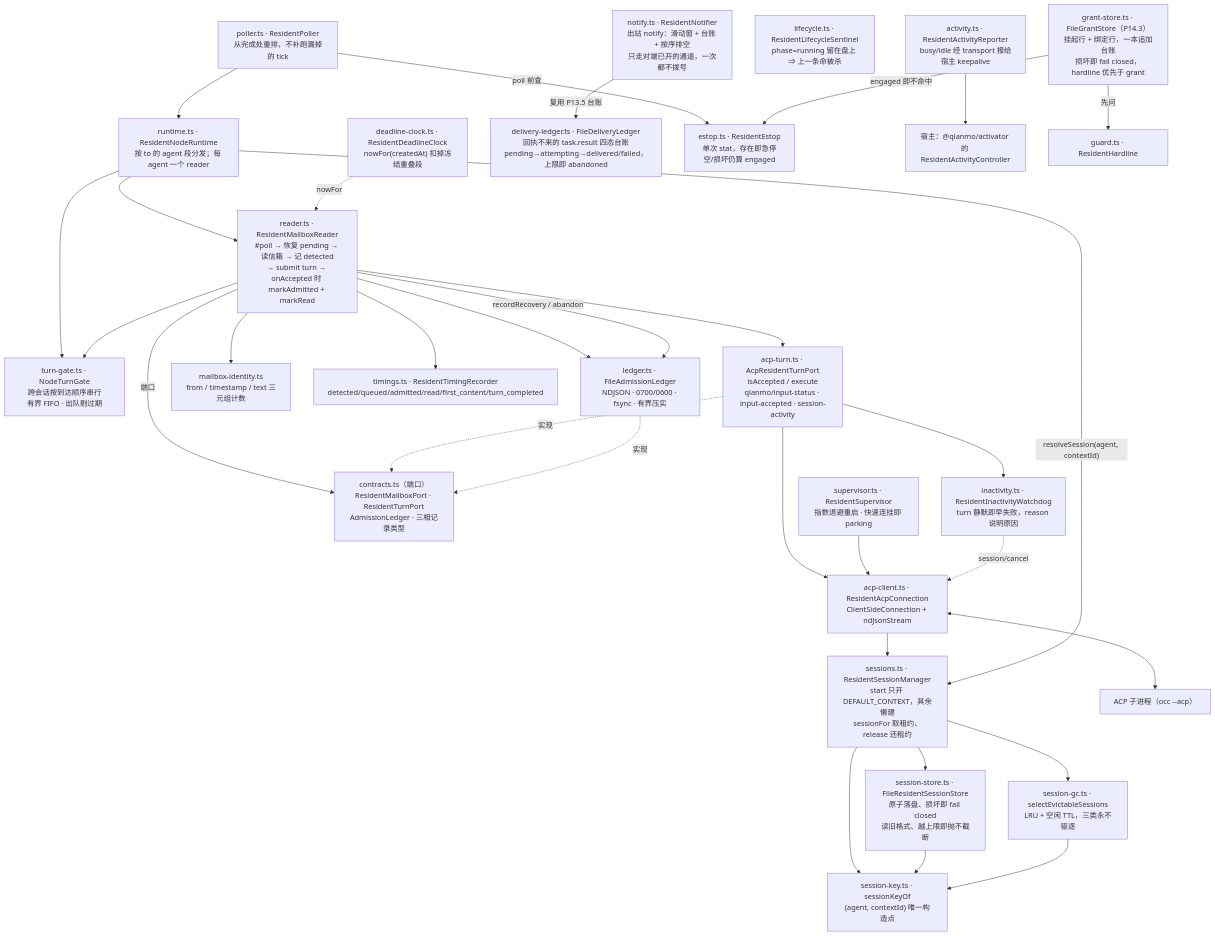
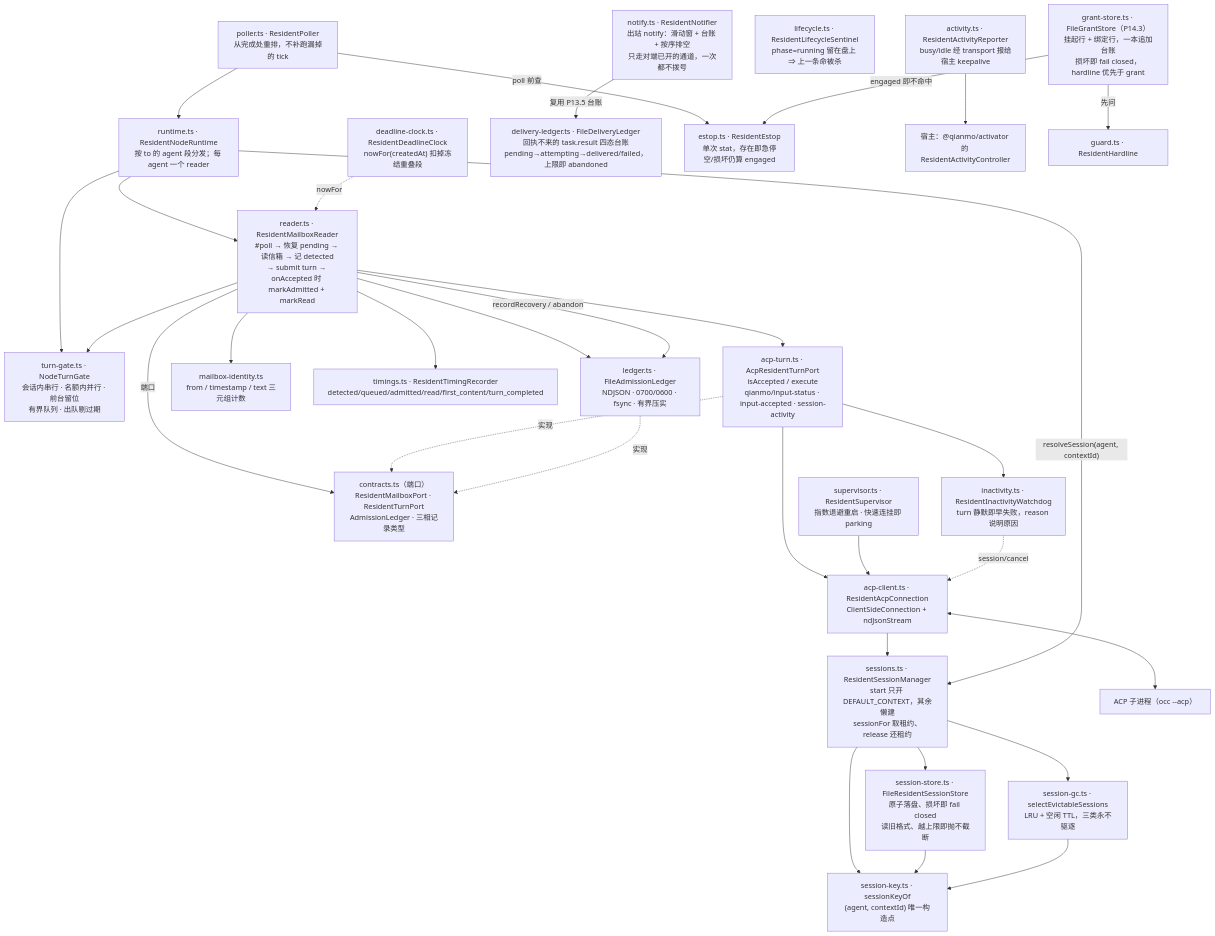
The diagram in atlas/packages/resident/README.md (sweetcornna/atlas), drawn with Mermaid before and after one commit. The commit also changed other lines of this file and 3 other files, not shown here.

````diff
--- a/atlas/packages/resident/README.md
+++ b/atlas/packages/resident/README.md
@@ -46,63 +46,63 @@
 ```mermaid
 flowchart TD
   poller["poller.ts · ResidentPoller<br/>从完成处重排，不补跑漏掉的 tick"]
   runtime["runtime.ts · ResidentNodeRuntime<br/>按 to 的 agent 段分发；每 agent 一个 reader"]
-  gate["turn-gate.ts · NodeTurnGate<br/>跨会话按到达顺序串行<br/>有界 FIFO · 出队剔过期"]
+  gate["turn-gate.ts · NodeTurnGate<br/>会话内串行 · 名额内并行 · 前台留位<br/>有界队列 · 出队剔过期"]
   reader["reader.ts · ResidentMailboxReader<br/>#poll → 恢复 pending → 读信箱 → 记 detected<br/>→ submit turn → onAccepted 时 markAdmitted + markRead"]
   ledger["ledger.ts · FileAdmissionLedger<br/>NDJSON · 0700/0600 · fsync · 有界压实"]
   contracts["contracts.ts（端口）<br/>ResidentMailboxPort · ResidentTurnPort<br/>AdmissionLedger · 三相记录类型"]
   identity["mailbox-identity.ts<br/>from / timestamp / text 三元组计数"]
   timings["timings.ts · ResidentTimingRecorder<br/>detected/queued/admitted/read/first_content/turn_completed"]
   deadline["deadline-clock.ts · ResidentDeadlineClock<br/>nowFor(createdAt) 扣掉冻结重叠段"]
 
   turnport["acp-turn.ts · AcpResidentTurnPort<br/>isAccepted / execute<br/>qianmo/input-status · input-accepted · session-activity"]
   client["acp-client.ts · ResidentAcpConnection<br/>ClientSideConnection + ndJsonStream"]
   sessions["sessions.ts · ResidentSessionManager<br/>start 只开 DEFAULT_CONTEXT，其余懒建<br/>sessionFor 取租约、release 还租约"]
   key["session-key.ts · sessionKeyOf<br/>(agent, contextId) 唯一构造点"]
   gc["session-gc.ts · selectEvictableSessions<br/>LRU + 空闲 TTL，三类永不驱逐"]
   store["session-store.ts · FileResidentSessionStore<br/>原子落盘、损坏即 fail closed<br/>读旧格式、越上限即抛不截断"]
   supervisor["supervisor.ts · ResidentSupervisor<br/>指数退避重启 · 快速连挂即 parking"]
   activity["activity.ts · ResidentActivityReporter<br/>busy/idle 经 transport 报给宿主 keepalive"]
 
   delivery["delivery-ledger.ts · FileDeliveryLedger<br/>回执不来的 task.result 四态台账<br/>pending→attempting→delivered/failed，上限即 abandoned"]
   estop["estop.ts · ResidentEstop<br/>单次 stat，存在即急停<br/>空/损坏仍算 engaged"]
   lifecycle["lifecycle.ts · ResidentLifecycleSentinel<br/>phase=running 留在盘上 ⇒ 上一条命被杀"]
   inactivity["inactivity.ts · ResidentInactivityWatchdog<br/>turn 静默即早失败，reason 说明原因"]
   notify["notify.ts · ResidentNotifier<br/>出站 notify：滑动窗 + 台账 + 按序排空<br/>只走对端已开的通道，一次都不拨号"]
   grants["grant-store.ts · FileGrantStore（P14.3）<br/>挂起行 + 绑定行，一本追加台账<br/>损坏即 fail closed，hardline 优先于 grant"]
 
   acp["ACP 子进程（occ --acp）"]
   host["宿主：@qianmo/activator 的 ResidentActivityController"]
 
   poller --> runtime
   runtime --> reader
   runtime --> gate
   reader --> gate
   reader --> ledger
   reader --> identity
   reader --> timings
   reader -->|端口| contracts
   turnport -.->|"实现"| contracts
   ledger -.->|"实现"| contracts
   reader --> turnport
   turnport --> client
   client --> sessions
   sessions --> store
   sessions --> key
   sessions --> gc
   store --> key
   gc --> key
   runtime -->|"resolveSession(agent, contextId)"| sessions
   supervisor --> client
   client <--> acp
   activity --> host
   deadline -.->|"nowFor"| reader
 
   poller -->|"poll 前查"| estop
   reader -->|"recordRecovery / abandon"| ledger
   turnport --> inactivity
   inactivity -.->|"session/cancel"| client
   notify -->|"复用 P13.5 台账"| delivery
   grants -->|"先问"| hardline["guard.ts · ResidentHardline"]
   grants -->|"engaged 即不命中"| estop
 ```
````
